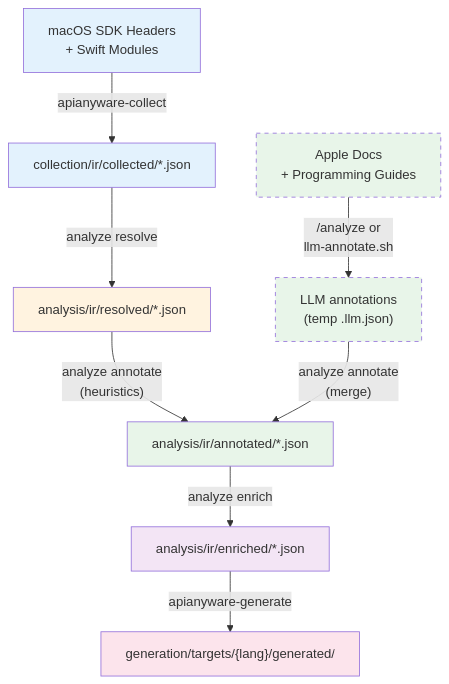
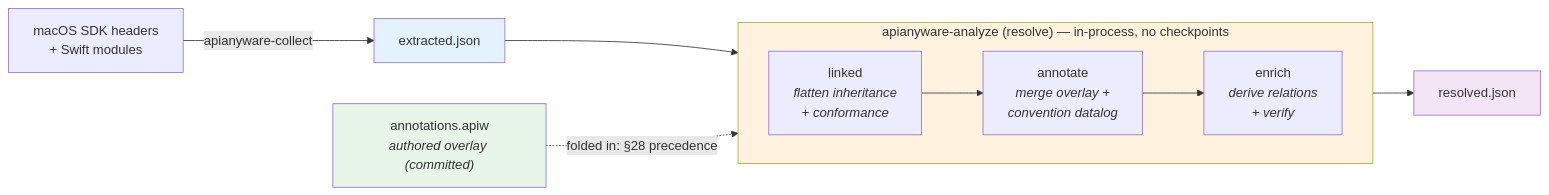
One commit to Linkuistics/APIAnyware changed the diagram in platforms/macos/docs/annotation-workflow.md. Above: the diagram before and after it, drawn with Mermaid. The commit also changed other lines of this file and 6 other files, not shown here.

````diff
--- a/platforms/macos/docs/annotation-workflow.md
+++ b/platforms/macos/docs/annotation-workflow.md
@@ -185,19 +37,19 @@
 ```mermaid
-flowchart TD
-    SDK["macOS SDK Headers<br/>+ Swift Modules"] -->|"apianyware-collect"| Collected["collection/ir/collected/*.json"]
-    Collected -->|"analyze resolve"| Resolved["analysis/ir/resolved/*.json"]
-    Resolved -->|"analyze annotate<br/>(heuristics)"| Annotated["analysis/ir/annotated/*.json"]
-    AppleDocs["Apple Docs<br/>+ Programming Guides"] -->|"/analyze or<br/>llm-annotate.sh"| LLM["LLM annotations<br/>(temp .llm.json)"]
-    LLM -->|"analyze annotate<br/>(merge)"| Annotated
-    Annotated -->|"analyze enrich"| Enriched["analysis/ir/enriched/*.json"]
-    Enriched -->|"apianyware-generate"| Bindings["generation/targets/{lang}/generated/"]
+flowchart LR
+    SDK["macOS SDK headers<br/>+ Swift modules"] -->|"apianyware-collect"| EX["extracted.json"]
+    OV["annotations.apiw<br/><i>authored overlay (committed)</i>"]
 
-    style SDK fill:#e3f2fd
-    style Collected fill:#e3f2fd
-    style Resolved fill:#fff3e0
-    style Annotated fill:#e8f5e9
-    style LLM fill:#e8f5e9,stroke-dasharray: 5 5
-    style Enriched fill:#f3e5f5
-    style Bindings fill:#fce4ec
-    style AppleDocs fill:#e8f5e9,stroke-dasharray: 5 5
+    subgraph inproc["apianyware-analyze (resolve) — in-process, no checkpoints"]
+        direction LR
+        L["linked<br/><i>flatten inheritance<br/>+ conformance</i>"] --> AN["annotate<br/><i>merge overlay +<br/>convention datalog</i>"] --> EN["enrich<br/><i>derive relations<br/>+ verify</i>"]
+    end
+
+    EX --> L
+    OV -.->|"folded in: §28 precedence"| AN
+    EN --> RES["resolved.json"]
+
+    style EX fill:#e3f2fd
+    style OV fill:#e8f5e9
+    style RES fill:#f3e5f5
+    style inproc fill:#fff3e0
 ```
````
